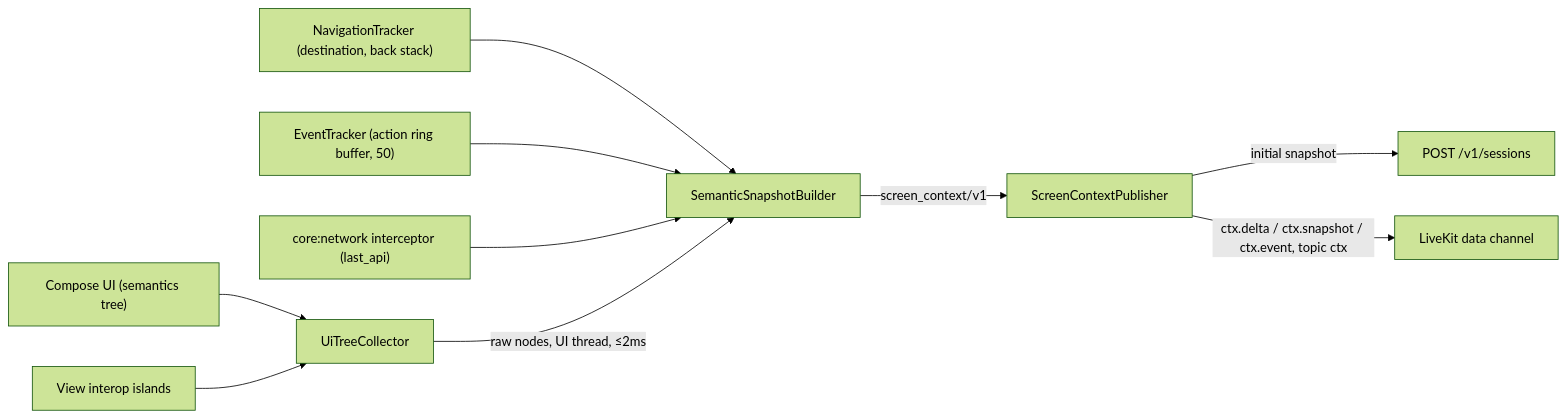
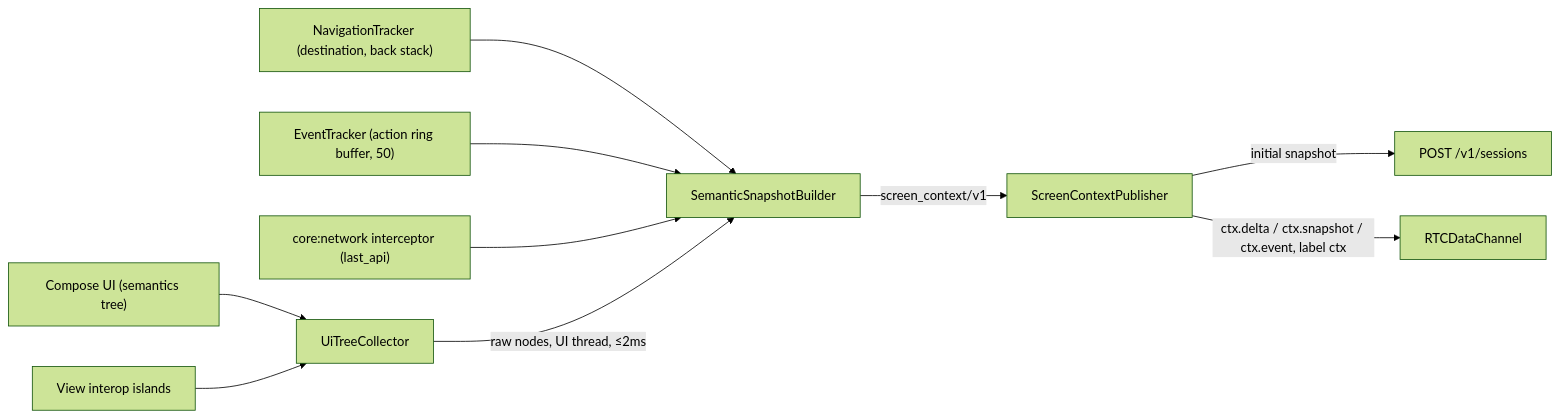
Before and after one commit to bibekanandan892/vyaparpay-voice-agent: the first of 2 diagrams in docs/07-ui-semantic-context.md, drawn with Mermaid (forest theme). The commit also changed other lines of this file and 22 other files, not shown here.

First line of the commit message:
refactor(arch): replace LiveKit with raw WebRTC (libwebrtc + aiortc)

````diff
--- a/docs/07-ui-semantic-context.md
+++ b/docs/07-ui-semantic-context.md
@@ -98,12 +98,12 @@
 ```mermaid
 flowchart LR
     UI["Compose UI (semantics tree)"] --> COL["UiTreeCollector"]
     VW["View interop islands"] --> COL
     NAV["NavigationTracker (destination, back stack)"] --> BLD
     EVT["EventTracker (action ring buffer, 50)"] --> BLD
     NET["core:network interceptor (last_api)"] --> BLD
     COL -->|"raw nodes, UI thread, ≤2ms"| BLD["SemanticSnapshotBuilder"]
     BLD -->|"screen_context/v1"| PUB["ScreenContextPublisher"]
     PUB -->|"initial snapshot"| REST["POST /v1/sessions"]
-    PUB -->|"ctx.delta / ctx.snapshot / ctx.event, topic ctx"| DC["LiveKit data channel"]
+    PUB -->|"ctx.delta / ctx.snapshot / ctx.event, label ctx"| DC["RTCDataChannel"]
 ```
````
